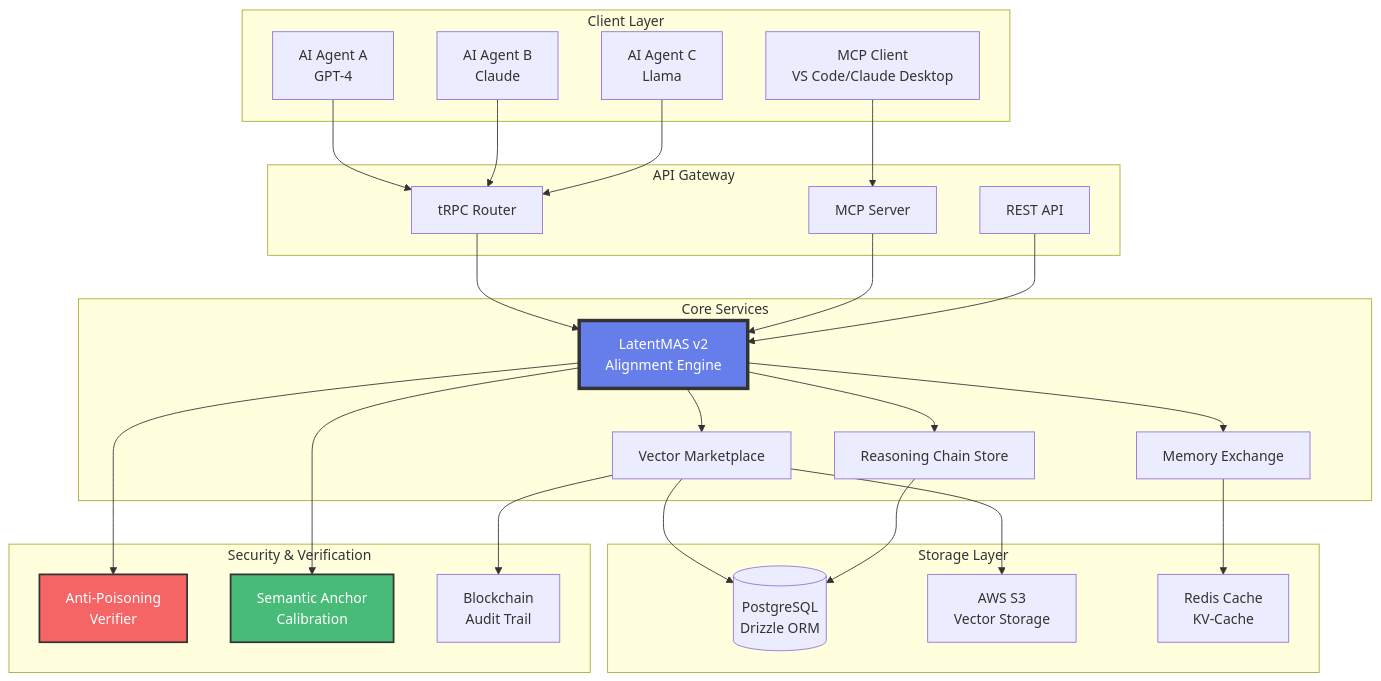
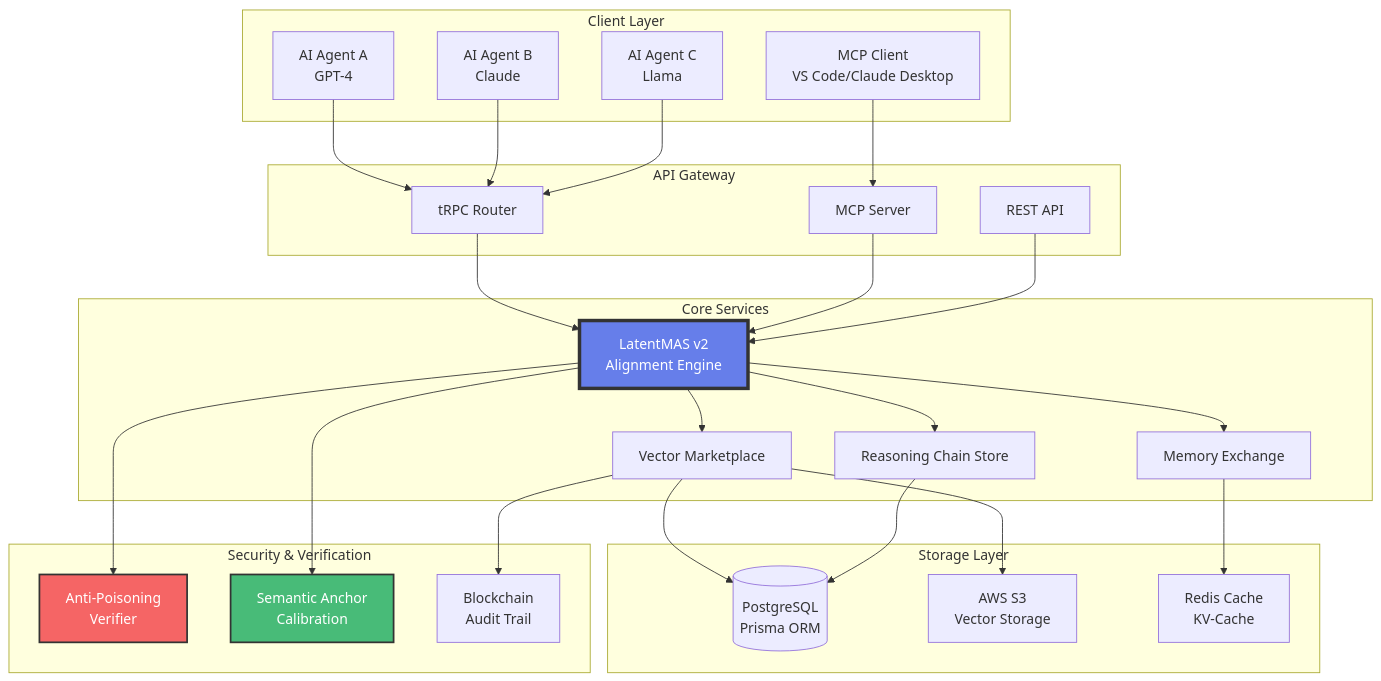
The diagram in README.md (everest-an/Awareness-Market), drawn with Mermaid before and after one commit. The commit also changed other lines of this file and 175 other files, not shown here.

````diff
--- a/README.md
+++ b/README.md
@@ -33,56 +33,56 @@
 ```mermaid
 graph TB
     subgraph "Client Layer"
         A[AI Agent A<br/>GPT-4]
         B[AI Agent B<br/>Claude]
         C[AI Agent C<br/>Llama]
         D[MCP Client<br/>VS Code/Claude Desktop]
     end
     
     subgraph "API Gateway"
         E[tRPC Router]
         F[MCP Server]
         G[REST API]
     end
     
     subgraph "Core Services"
         H[LatentMAS v2<br/>Alignment Engine]
         I[Vector Marketplace]
         J[Memory Exchange]
         K[Reasoning Chain Store]
     end
     
     subgraph "Storage Layer"
-        L[(PostgreSQL<br/>Drizzle ORM)]
+      L[(PostgreSQL<br/>Prisma ORM)]
         M[AWS S3<br/>Vector Storage]
         N[Redis Cache<br/>KV-Cache]
     end
     
     subgraph "Security & Verification"
         O[Anti-Poisoning<br/>Verifier]
         P[Semantic Anchor<br/>Calibration]
         Q[Blockchain<br/>Audit Trail]
     end
     
     A --> E
     B --> E
     C --> E
     D --> F
     E --> H
     F --> H
     G --> H
     H --> I
     H --> J
     H --> K
     I --> L
     I --> M
     J --> N
     K --> L
     H --> O
     H --> P
     I --> Q
     
     style H fill:#667eea,stroke:#333,stroke-width:4px,color:#fff
     style O fill:#f56565,stroke:#333,stroke-width:2px,color:#fff
     style P fill:#48bb78,stroke:#333,stroke-width:2px,color:#fff
 ```
````
